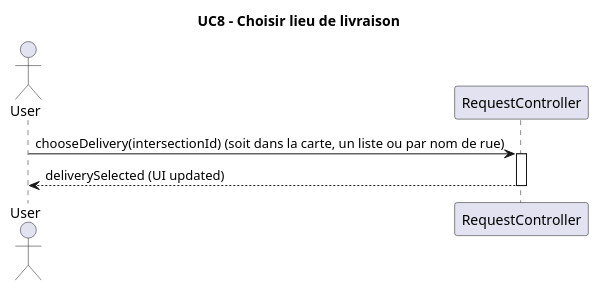
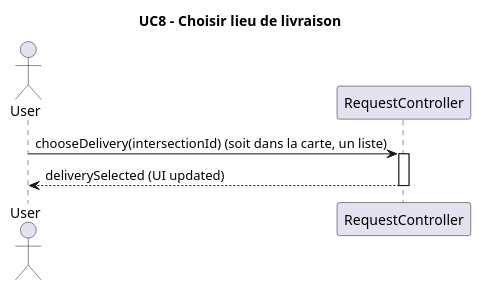
Before and after one commit to enzo-dosanjos/Pickup_Delivery_App: the diagram in diagrams/diagramUC8.plantuml, drawn with PlantUML. The commit also changed 2 other files, not shown here.

```diff
--- a/diagrams/diagramUC8.plantuml
+++ b/diagrams/diagramUC8.plantuml
@@ -1,14 +1,14 @@
 @startuml
 title UC8 - Choisir lieu de livraison
 
 actor User
 participant "RequestController" as RC
 
 
-User -> RC : chooseDelivery(intersectionId) (soit dans la carte, un liste ou par nom de rue)
+User -> RC : chooseDelivery(intersectionId) (soit dans la carte, un liste)
 activate RC
 
 
 RC --> User : deliverySelected (UI updated)
 deactivate RC
 @enduml
```
